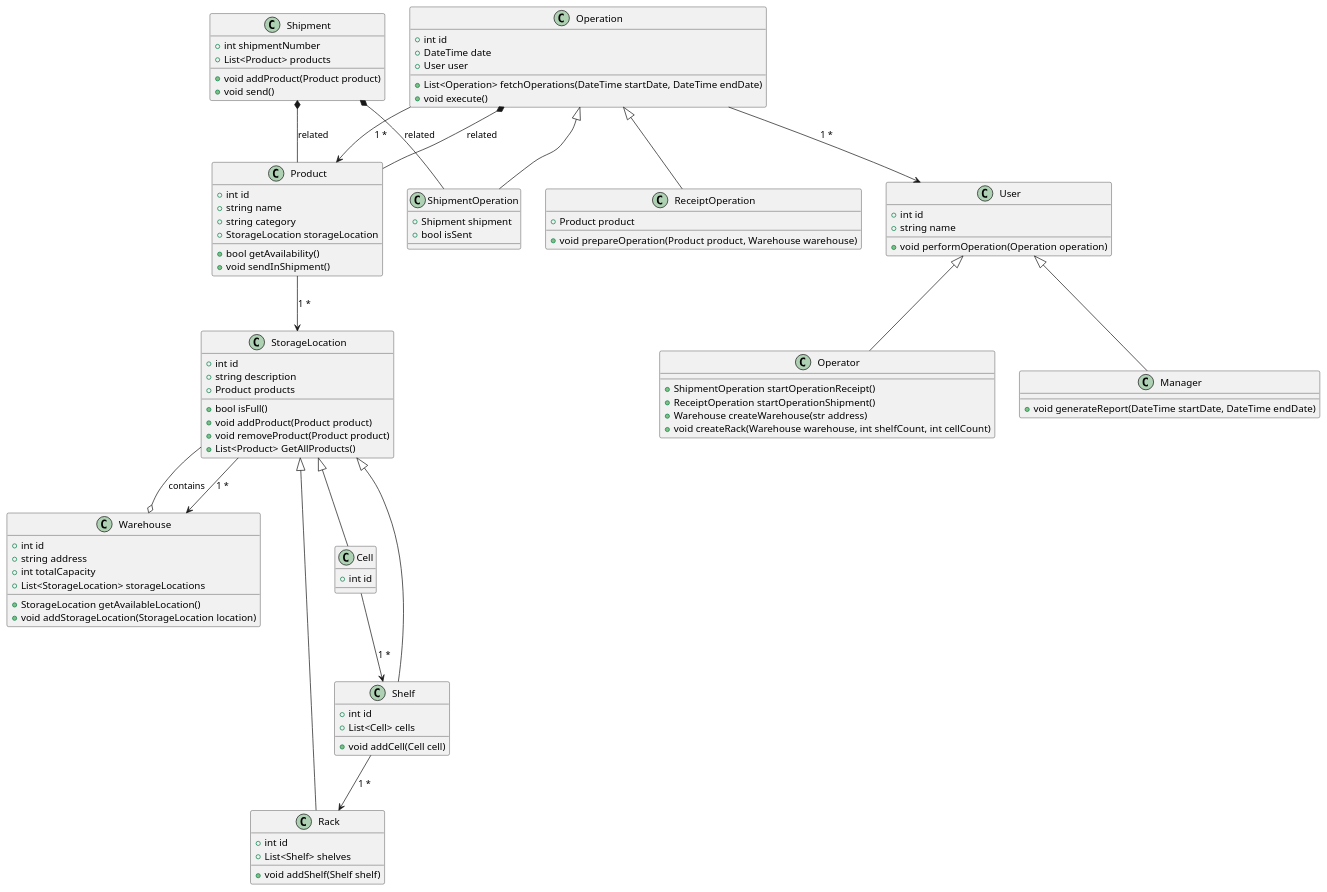
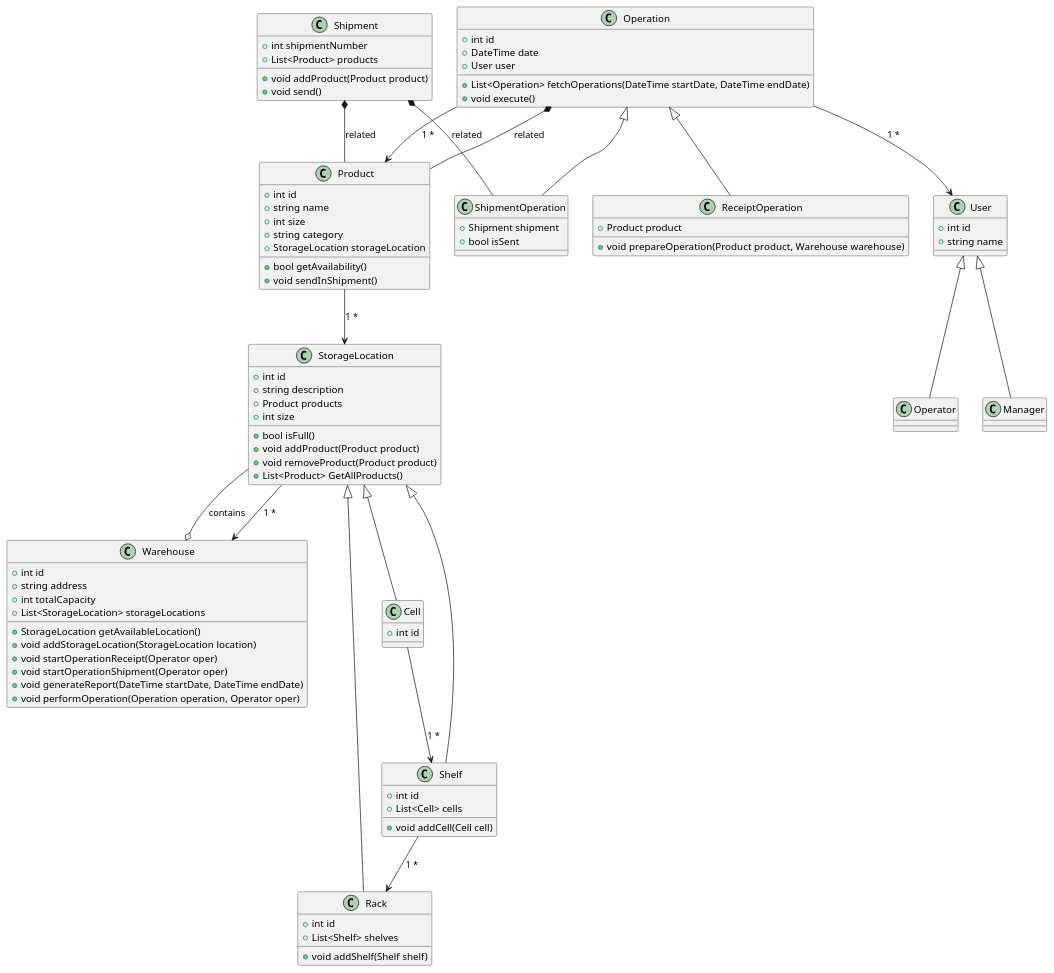
The diagram in Модель_предметной_области.md (penamarth/bsbo-01-22_team6_var6), drawn with PlantUML before and after one commit. The commit also changed 1 other file, not shown here.

Commit message:
feat: added size in code and model diagram

```diff
--- a/Модель_предметной_области.md
+++ b/Модель_предметной_области.md
@@ -4,6 +4,7 @@
 class Product {
     +int id
     +string name
+    +int size
     +string category
     +StorageLocation storageLocation
     +bool getAvailability()
@@ -18,6 +19,10 @@
     +List<StorageLocation> storageLocations
     +StorageLocation getAvailableLocation()
     +void addStorageLocation(StorageLocation location)
+    +void startOperationReceipt(Operator oper)
+    +void startOperationShipment(Operator oper)
+    +void generateReport(DateTime startDate, DateTime endDate)
+    +void performOperation(Operation operation, Operator oper)
 }
 
 class Operation {
@@ -41,21 +46,12 @@
 class User {
     +int id
     +string name
-
-    +void performOperation(Operation operation)
 }
 
 class Manager {
-    +void generateReport(DateTime startDate, DateTime endDate)
 }
 
 class Operator {
-    +ShipmentOperation startOperationReceipt()
-    +ReceiptOperation startOperationShipment()
-    +Warehouse createWarehouse(str address)
-    +void createRack(Warehouse warehouse, int shelfCount, int cellCount)
-    
-    
 }
 
 class StorageLocation {
@@ -63,6 +59,7 @@
     +string description
     +Product products
     +bool isFull()
+    +int size
     +void addProduct(Product product)
     +void removeProduct(Product product)
     +List<Product> GetAllProducts()
```
